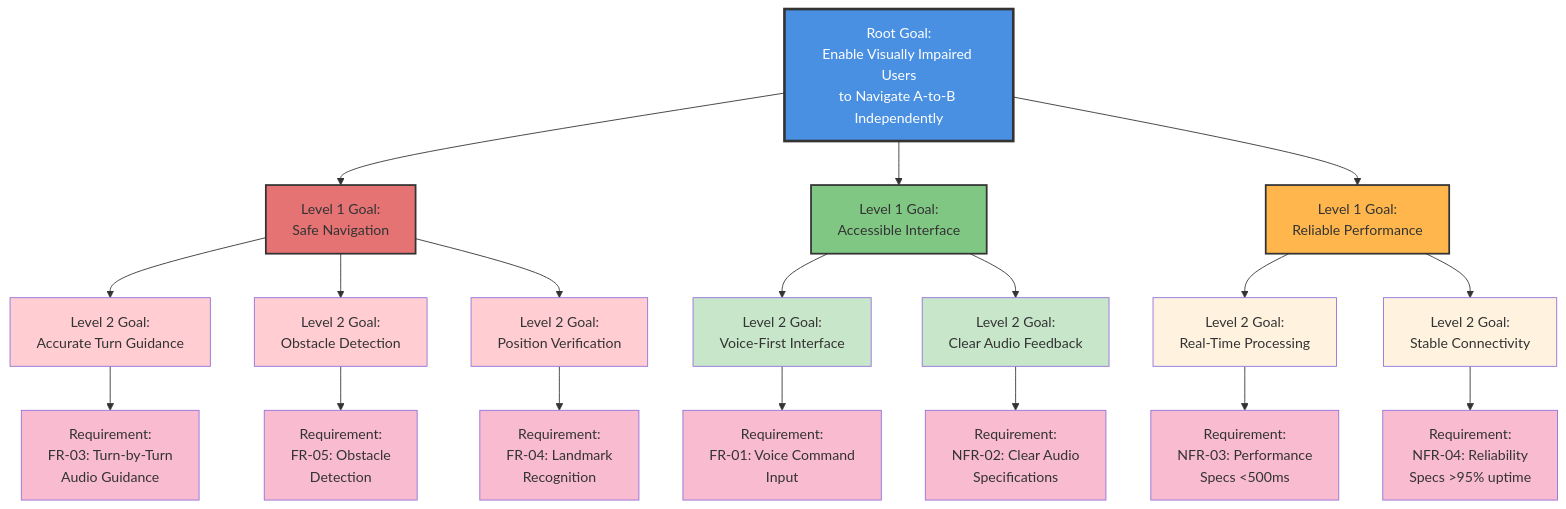
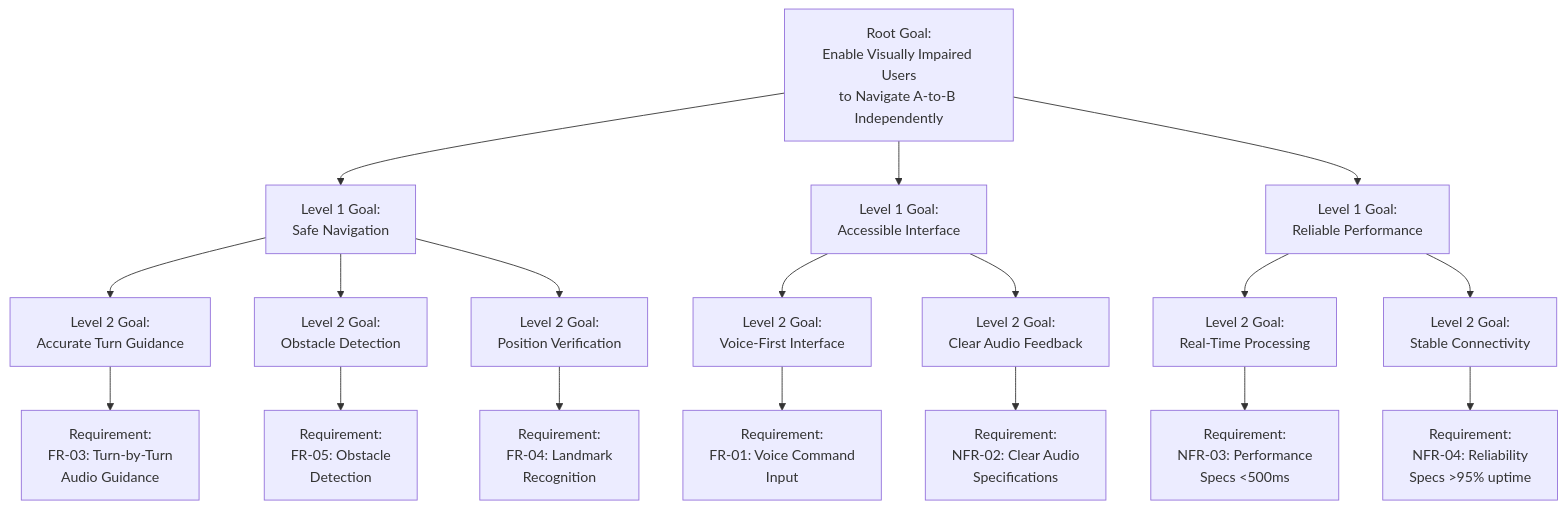
The sixth of 9 diagrams in docs/Project 2/Process Specification.md (phamleduy04/se4351-mobile-f25), drawn with Mermaid before and after one commit. The commit also changed other lines of this file, not shown here.

````diff
--- a/docs/Project 2/Process Specification.md
+++ b/docs/Project 2/Process Specification.md
@@ -415,67 +333,48 @@
 ```mermaid
 graph TB
     ROOT["Root Goal:<br/>Enable Visually Impaired Users<br/>to Navigate A-to-B Independently"]
     
     L1_1["Level 1 Goal:<br/>Safe Navigation"]
     L1_2["Level 1 Goal:<br/>Accessible Interface"]
     L1_3["Level 1 Goal:<br/>Reliable Performance"]
     
     ROOT --> L1_1
     ROOT --> L1_2
     ROOT --> L1_3
     
     L2_1_1["Level 2 Goal:<br/>Accurate Turn Guidance"]
     L2_1_2["Level 2 Goal:<br/>Obstacle Detection"]
     L2_1_3["Level 2 Goal:<br/>Position Verification"]
     
     L1_1 --> L2_1_1
     L1_1 --> L2_1_2
     L1_1 --> L2_1_3
     
     L2_2_1["Level 2 Goal:<br/>Voice-First Interface"]
     L2_2_2["Level 2 Goal:<br/>Clear Audio Feedback"]
     
     L1_2 --> L2_2_1
     L1_2 --> L2_2_2
     
     L2_3_1["Level 2 Goal:<br/>Real-Time Processing"]
     L2_3_2["Level 2 Goal:<br/>Stable Connectivity"]
     
     L1_3 --> L2_3_1
     L1_3 --> L2_3_2
     
     R1["Requirement:<br/>FR-03: Turn-by-Turn<br/>Audio Guidance"]
     R2["Requirement:<br/>FR-05: Obstacle<br/>Detection"]
     R3["Requirement:<br/>FR-04: Landmark<br/>Recognition"]
     R4["Requirement:<br/>FR-01: Voice Command<br/>Input"]
     R5["Requirement:<br/>NFR-02: Clear Audio<br/>Specifications"]
     R6["Requirement:<br/>NFR-03: Performance<br/>Specs <500ms"]
     R7["Requirement:<br/>NFR-04: Reliability<br/>Specs >95% uptime"]
     
     L2_1_1 --> R1
     L2_1_2 --> R2
     L2_1_3 --> R3
     L2_2_1 --> R4
     L2_2_2 --> R5
     L2_3_1 --> R6
     L2_3_2 --> R7
-    
-    style ROOT fill:#4A90E2,stroke:#333,stroke-width:3px,color:#fff
-    style L1_1 fill:#E57373,stroke:#333,stroke-width:2px
-    style L1_2 fill:#81C784,stroke:#333,stroke-width:2px
-    style L1_3 fill:#FFB74D,stroke:#333,stroke-width:2px
-    style L2_1_1 fill:#FFCDD2
-    style L2_1_2 fill:#FFCDD2
-    style L2_1_3 fill:#FFCDD2
-    style L2_2_1 fill:#C8E6C9
-    style L2_2_2 fill:#C8E6C9
-    style L2_3_1 fill:#FFF3E0
-    style L2_3_2 fill:#FFF3E0
-    style R1 fill:#F8BBD0
-    style R2 fill:#F8BBD0
-    style R3 fill:#F8BBD0
-    style R4 fill:#F8BBD0
-    style R5 fill:#F8BBD0
-    style R6 fill:#F8BBD0
-    style R7 fill:#F8BBD0
 ```
````
